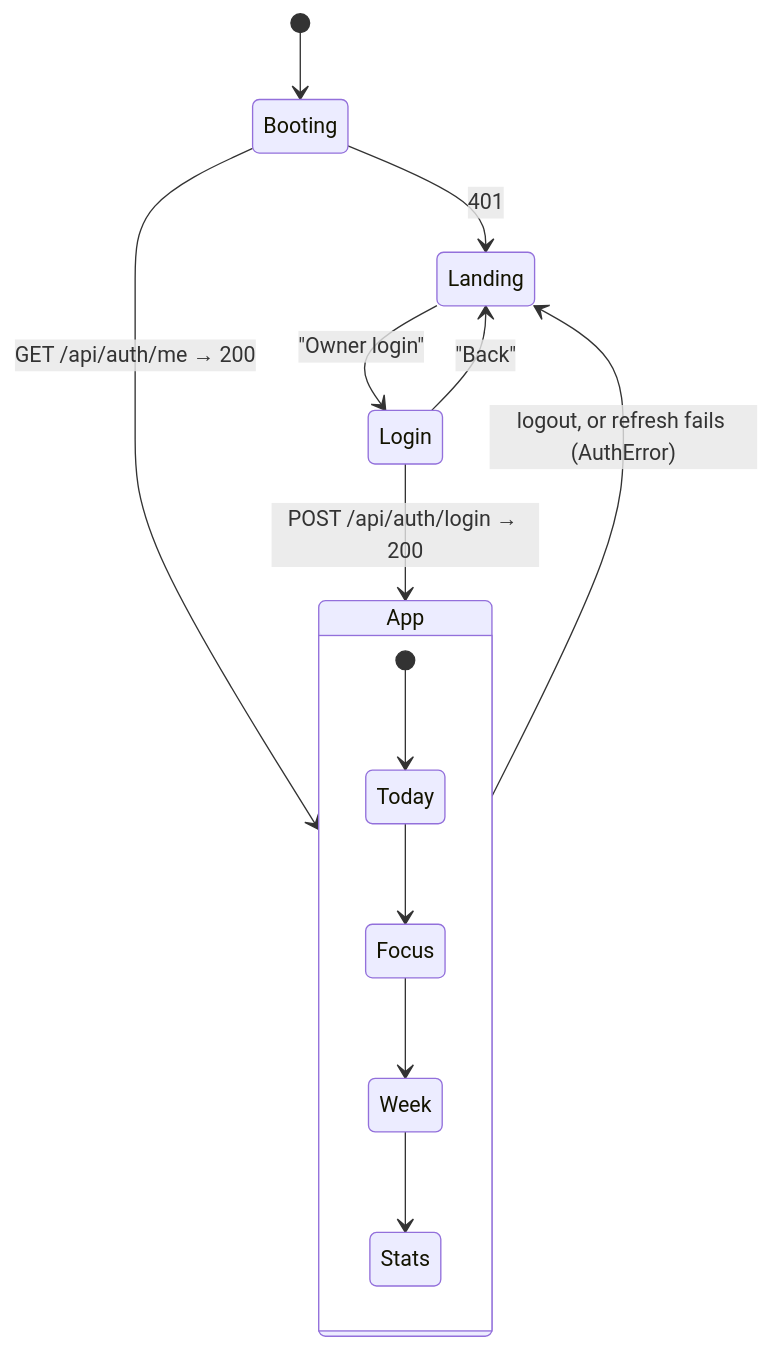
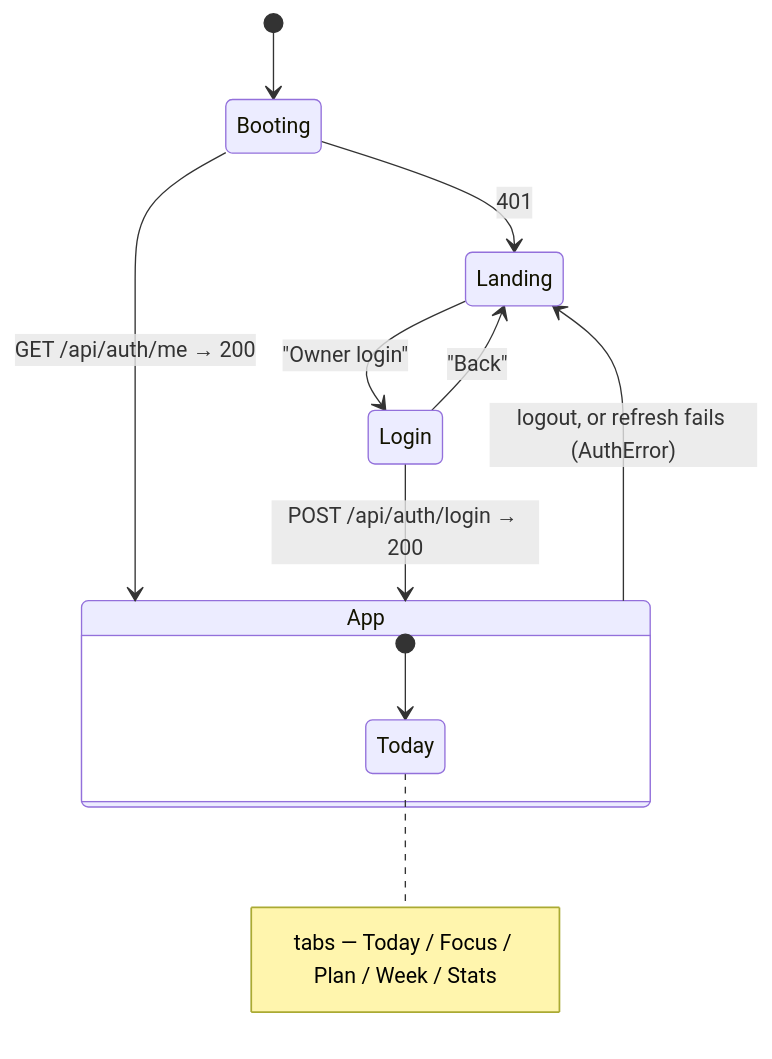
Before and after one commit to caseythecoder90/grindtrack: the first of 2 diagrams in gt2/docs/frontend.md, drawn with Mermaid. The commit also changed 9 other files, not shown here.

First line of the commit message:
Overhaul docs: detailed backend/frontend/deploy guides + rendered diagrams

````diff
--- a/gt2/docs/frontend.md
+++ b/gt2/docs/frontend.md
@@ -46,16 +46,14 @@
 ```mermaid
 stateDiagram-v2
     [*] --> Booting
     Booting --> App : GET /api/auth/me → 200
     Booting --> Landing : 401
     Landing --> Login : "Owner login"
     Login --> App : POST /api/auth/login → 200
     Login --> Landing : "Back"
     App --> Landing : logout, or refresh fails (AuthError)
     state App {
         [*] --> Today
-        Today --> Focus
-        Focus --> Week
-        Week --> Stats
+        note right of Today : tabs — Today / Focus / Plan / Week / Stats
     }
 ```
````
